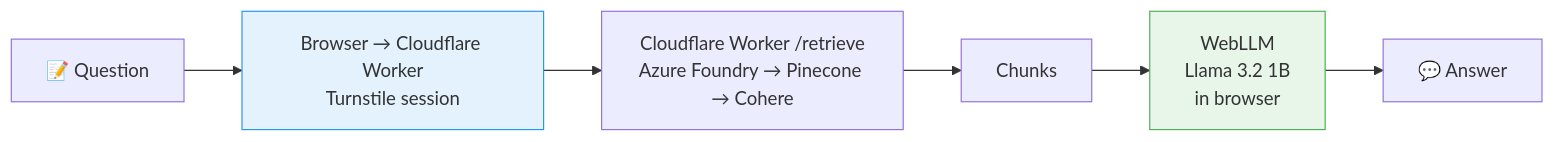
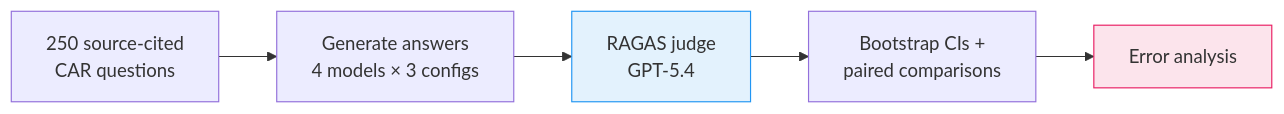
One commit to anant-j/AeroQuery changed the fifth of 5 diagrams in README.md. Above: the diagram before and after it, drawn with Mermaid. The commit also changed other lines of this file, not shown here.

````diff
--- a/README.md
+++ b/README.md
@@ -67,11 +106,10 @@
 ```mermaid
 flowchart LR
-    A["📝 Question"] --> B["Browser → Cloudflare Worker\nTurnstile session"]
-    B --> C["Cloudflare Worker /retrieve\nAzure Foundry → Pinecone → Cohere"]
-    C --> D["Chunks"]
-    D --> E["WebLLM\nLlama 3.2 1B\nin browser"]
-    E --> F["💬 Answer"]
+    A["250 source-cited<br/>CAR questions"] --> B["Generate answers<br/>4 models × 3 configs"]
+    B --> C["RAGAS judge<br/>GPT-5.4"]
+    C --> D["Bootstrap CIs +<br/>paired comparisons"]
+    D --> E["Error analysis"]
 
-    style B fill:#e3f2fd,stroke:#2196f3
-    style E fill:#e8f5e9,stroke:#4caf50
+    style C fill:#e3f2fd,stroke:#2196f3
+    style E fill:#fce4ec,stroke:#e91e63
 ```
````
